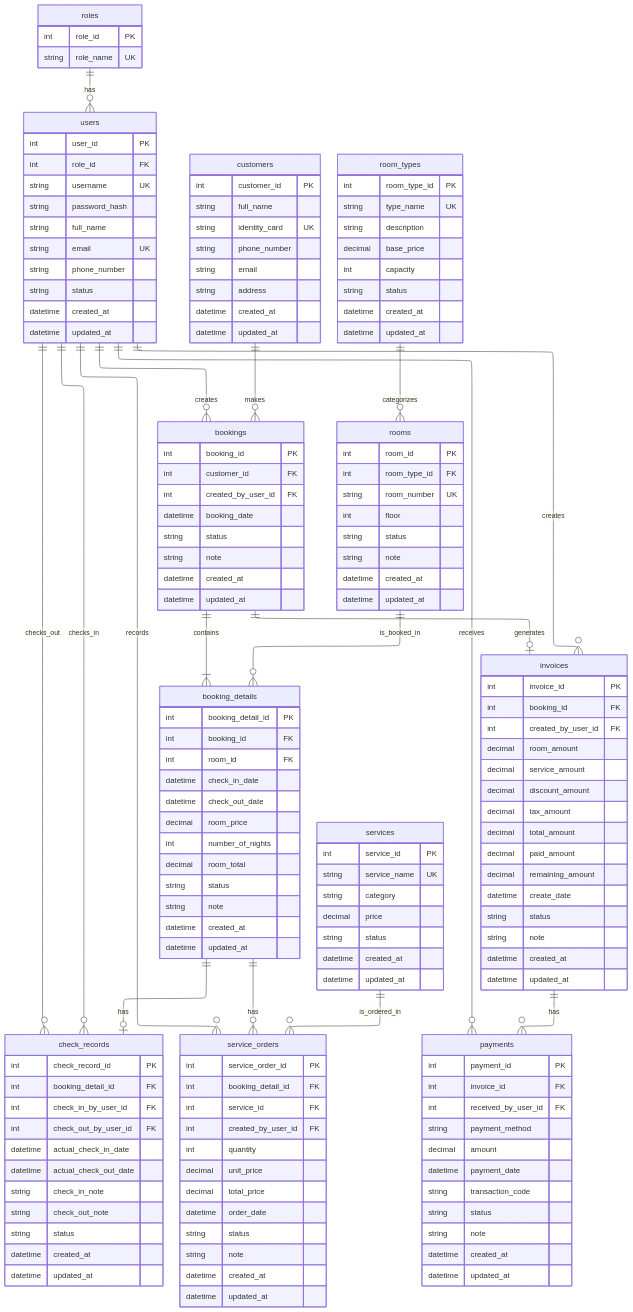
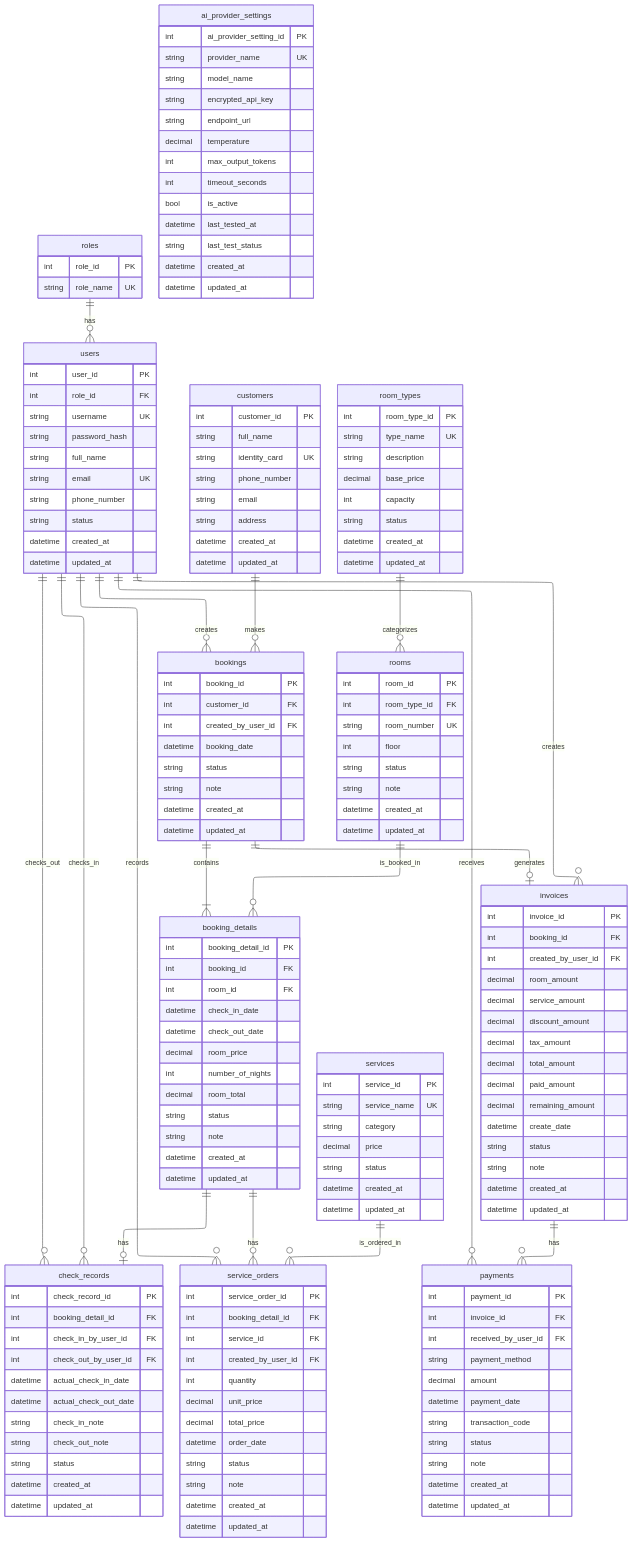
One commit to PRN-TEAM-1/HotelManagementSystem changed the diagram in Database-Ver2.0.md. Above: the diagram before and after it, drawn with Mermaid. The commit also changed other lines of this file and 49 other files, not shown here.

````diff
--- a/Database-Ver2.0.md
+++ b/Database-Ver2.0.md
@@ -198,4 +198,20 @@
         datetime created_at
         datetime updated_at
     }
+
+    ai_provider_settings {
+        int ai_provider_setting_id PK
+        string provider_name UK
+        string model_name
+        string encrypted_api_key
+        string endpoint_url
+        decimal temperature
+        int max_output_tokens
+        int timeout_seconds
+        bool is_active
+        datetime last_tested_at
+        string last_test_status
+        datetime created_at
+        datetime updated_at
+    }
 ```
````
